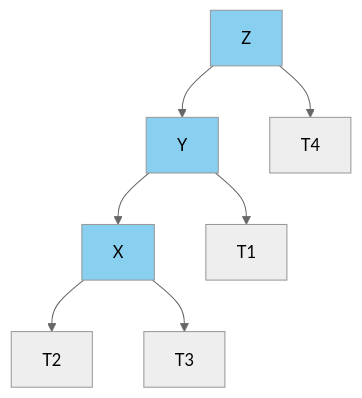
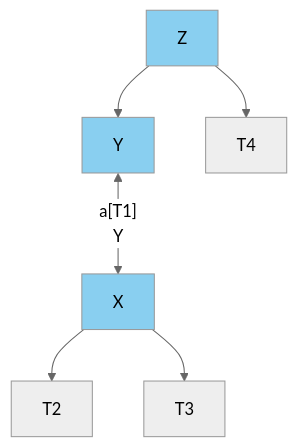
Before and after one commit to Budnarae/budnarae_archive: the ninth of 10 diagrams in content/posts/avl_tree.md, drawn with Mermaid (neutral theme). The commit also changed other lines of this file, not shown here.

Commit message:
avl_tree.md final - fix graph3

````diff
--- a/content/posts/avl_tree.md
+++ b/content/posts/avl_tree.md
@@ -278,12 +278,12 @@
 ```mermaid
 graph TD
 style X fill:#89cff0
 style Y fill:#89cff0
 style Z fill:#89cff0
 Z[Z] --> Y[Y]
-Y --> a[T1]
+Y <-- a[T1]
 Y --> X[X]
 X --> b[T2]
 X --> c[T3]
 Z --> d[T4]
 ```  
````
